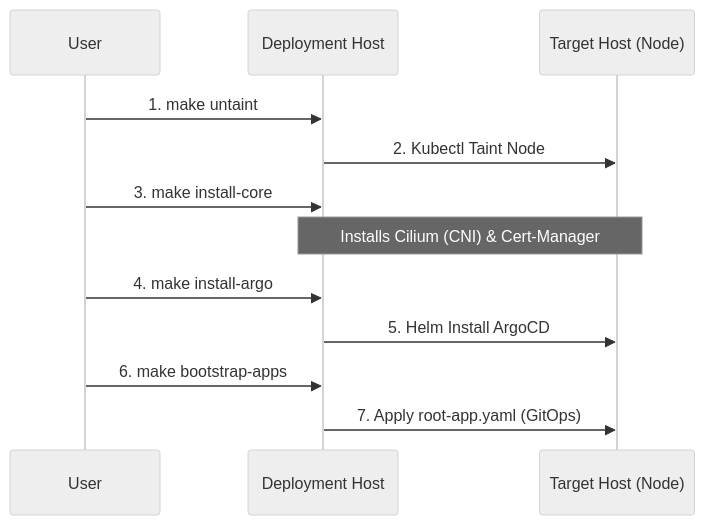
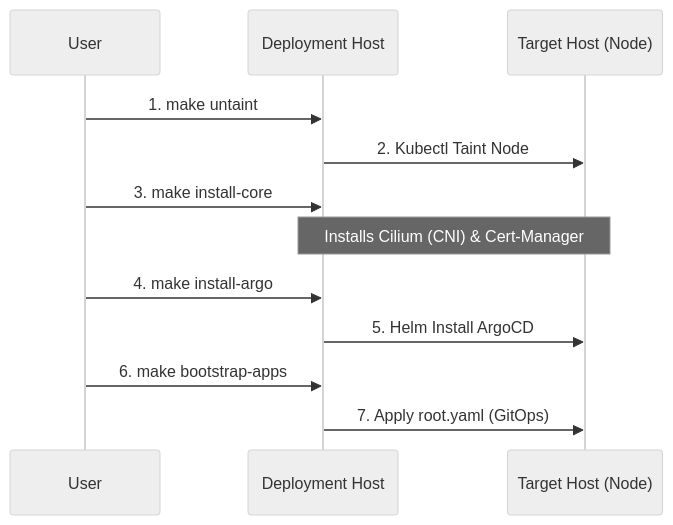
The second of 4 diagrams in architecture.md (JanWelker/homelab), drawn with Mermaid (neutral theme) before and after one commit. The commit also changed other lines of this file and 49 other files, not shown here.

````diff
--- a/architecture.md
+++ b/architecture.md
@@ -64,15 +64,15 @@
 ```mermaid
 sequenceDiagram
     participant Admin as User
     participant Deploy as Deployment Host
     participant Target as Target Host (Node)
 
     Admin->>Deploy: 1. make untaint
     Deploy->>Target: 2. Kubectl Taint Node
     Admin->>Deploy: 3. make install-core
     Note over Deploy,Target: Installs Cilium (CNI) & Cert-Manager
     Admin->>Deploy: 4. make install-argo
     Deploy->>Target: 5. Helm Install ArgoCD
     Admin->>Deploy: 6. make bootstrap-apps
-    Deploy->>Target: 7. Apply root-app.yaml (GitOps)
+    Deploy->>Target: 7. Apply root.yaml (GitOps)
 ```
````
